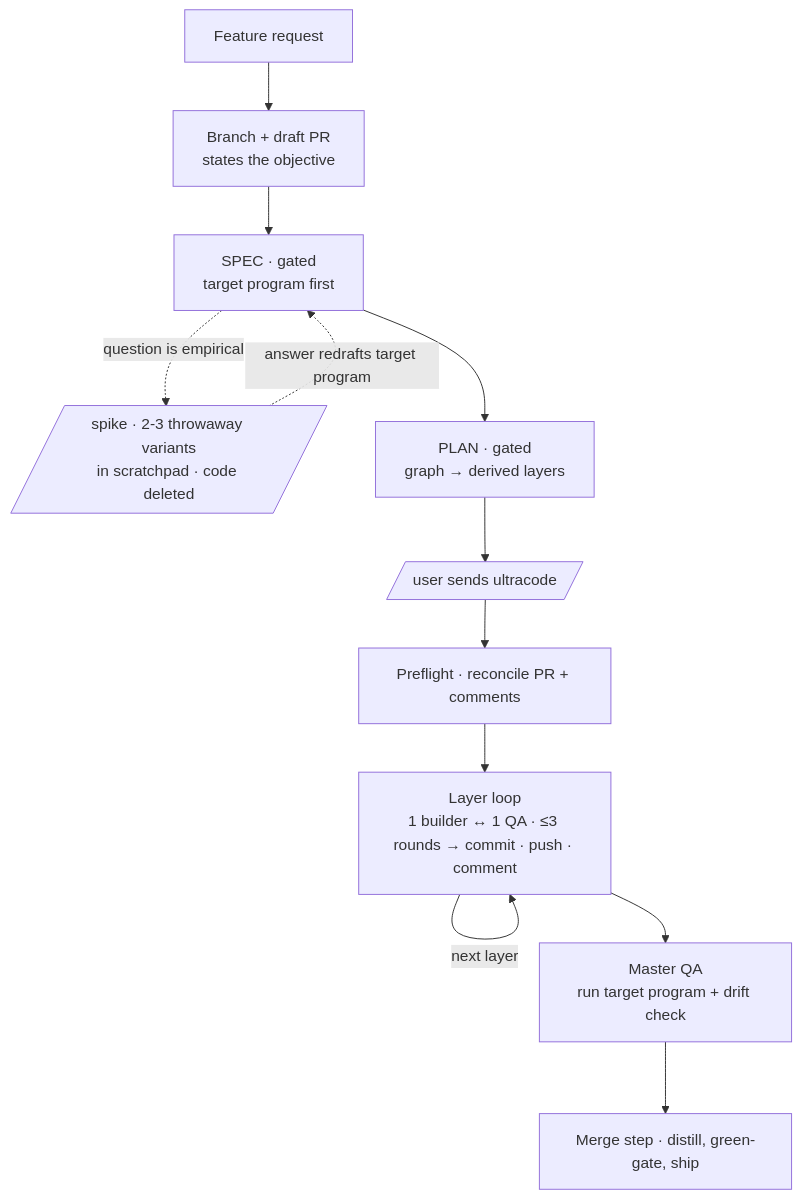
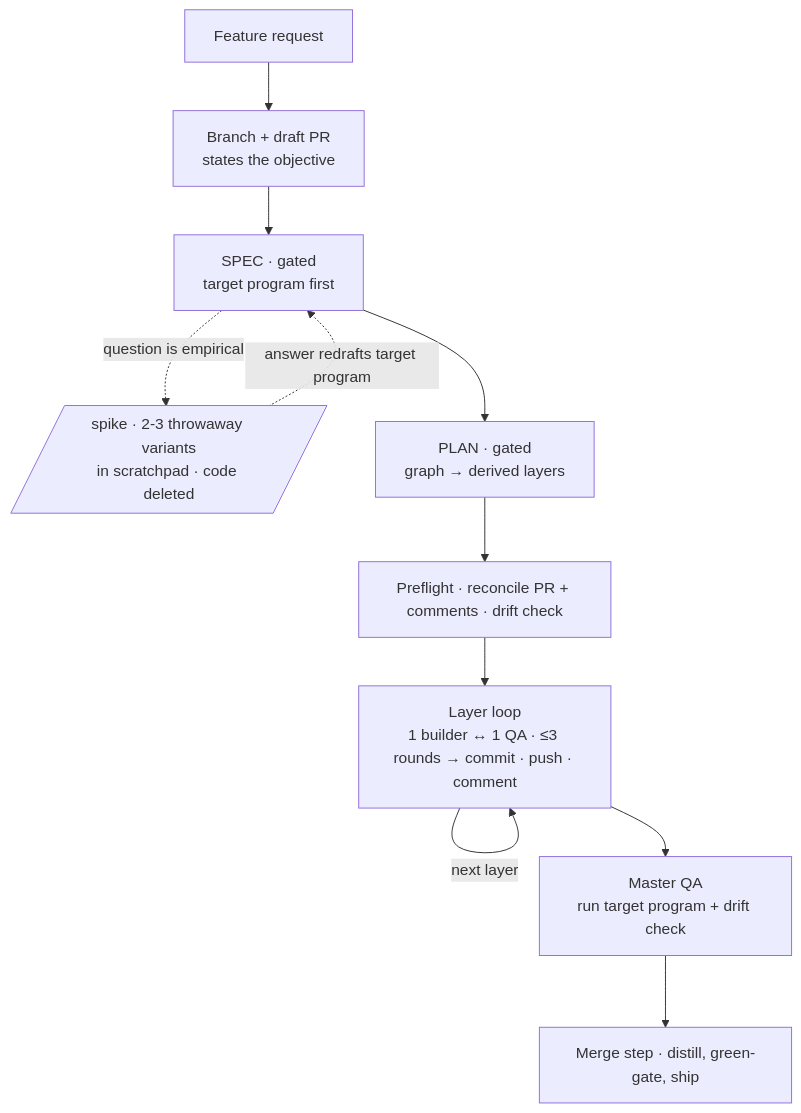
The diagram in .claude/product.md (outputty/claude-plugin), drawn with Mermaid before and after one commit. The commit also changed other lines of this file and 13 other files, not shown here.

````diff
--- a/.claude/product.md
+++ b/.claude/product.md
@@ -154,14 +152,13 @@
 ```mermaid
 flowchart TD
   A[Feature request] --> B[Branch + draft PR<br/>states the objective]
   B --> S[SPEC · gated<br/>target program first]
   S -.->|question is empirical| K[/spike · 2-3 throwaway variants<br/>in scratchpad · code deleted/]
   K -.->|answer redrafts target program| S
   S --> P[PLAN · gated<br/>graph → derived layers]
-  P --> U[/user sends ultracode/]
-  U --> F[Preflight · reconcile PR + comments]
+  P --> F[Preflight · reconcile PR + comments · drift check]
   F --> L[Layer loop<br/>1 builder ↔ 1 QA · ≤3 rounds → commit · push · comment]
   L -->|next layer| L
   L --> M[Master QA<br/>run target program + drift check]
   M --> G[Merge step · distill, green-gate, ship]
 ```
````
